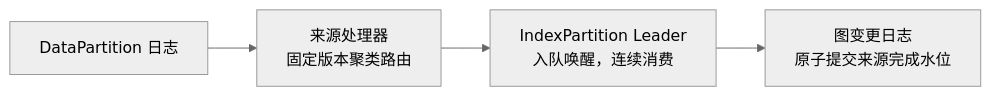
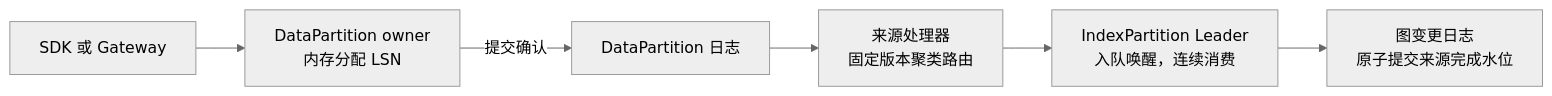
One commit to youyou-myheart/vecdb changed the third of 3 diagrams in ARCHITECTURE.md. Above: the diagram before and after it, drawn with Mermaid (neutral theme). The commit also changed other lines of this file and 91 other files, not shown here.

````diff
--- a/ARCHITECTURE.md
+++ b/ARCHITECTURE.md
@@ -116,6 +116,8 @@
 ```mermaid
 flowchart LR
-    D["DataPartition 日志"] --> R["来源处理器<br/>固定版本聚类路由"]
+    C["SDK 或 Gateway"] --> W["DataPartition owner<br/>内存分配 LSN"]
+    W -->|提交确认| D["DataPartition 日志"]
+    D --> R["来源处理器<br/>固定版本聚类路由"]
     R --> I["IndexPartition Leader<br/>入队唤醒，连续消费"]
     I --> G["图变更日志<br/>原子提交来源完成水位"]
 ```
````
